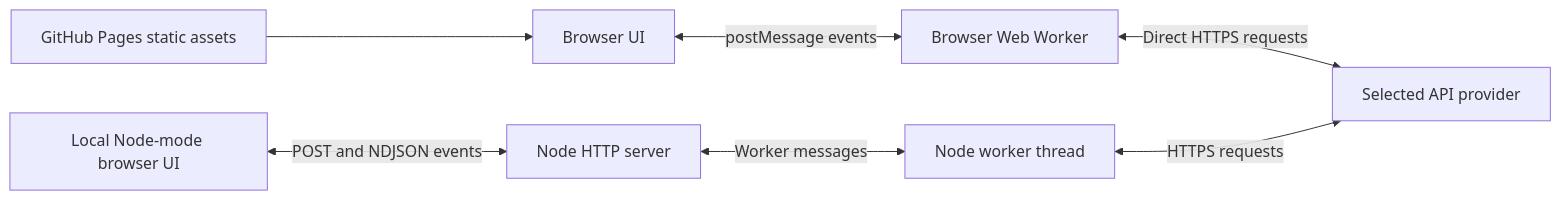
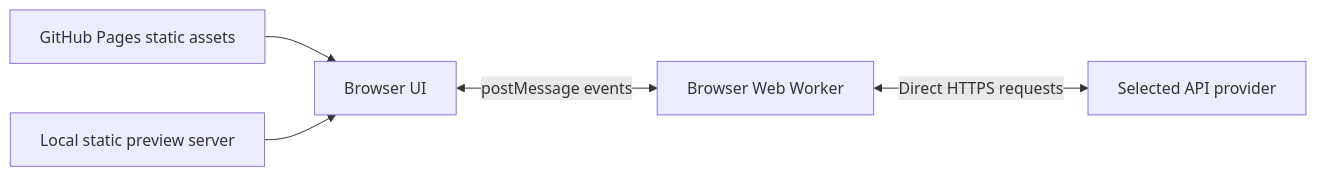
One commit to 123wwwa/FlowName changed the fourth of 4 diagrams in docs/architecture.md. Above: the diagram before and after it, drawn with Mermaid. The commit also changed other lines of this file and 13 other files, not shown here.

Commit message:
remove local server

````diff
--- a/docs/architecture.md
+++ b/docs/architecture.md
@@ -134,9 +134,7 @@
 ```mermaid
 flowchart LR
     Pages[GitHub Pages static assets] --> Page[Browser UI]
     Page <-->|postMessage events| BW[Browser Web Worker]
     BW <-->|Direct HTTPS requests| API[Selected API provider]
-    Local[Local Node-mode browser UI] <-->|POST and NDJSON events| Server[Node HTTP server]
-    Server <-->|Worker messages| NW[Node worker thread]
-    NW <-->|HTTPS requests| API
+    Server[Local static preview server] --> Page
 ```
````
